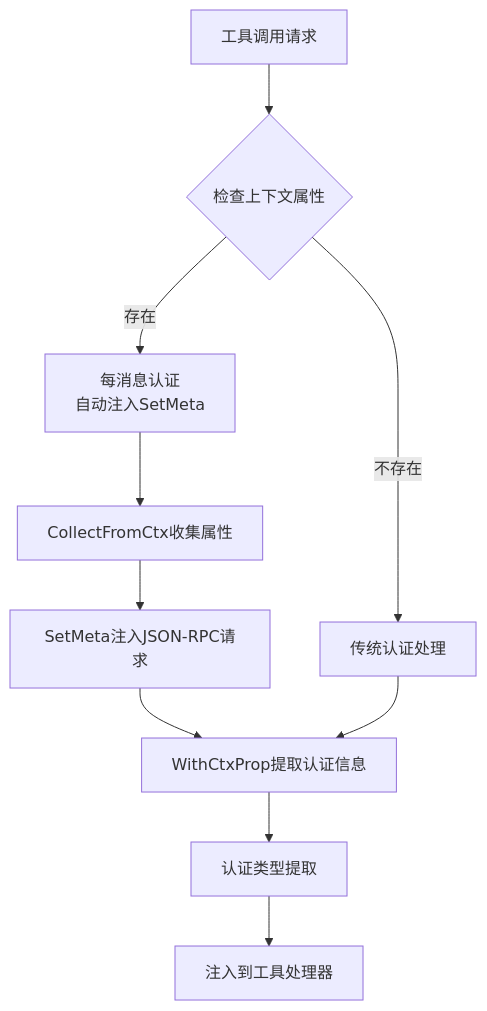
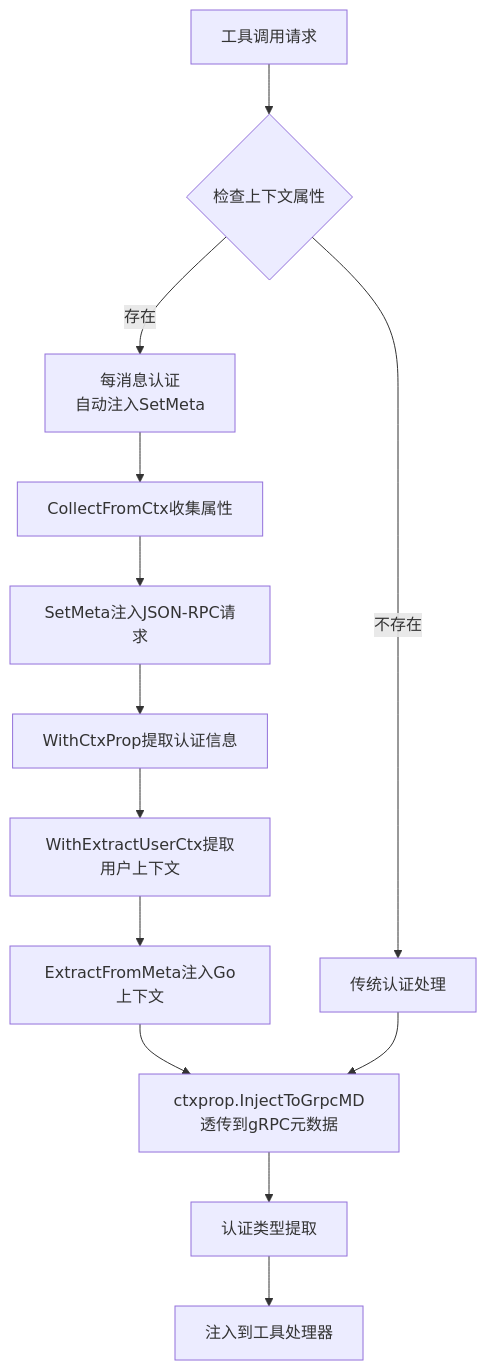
Before and after one commit to maomao94/zero-service: diagram 13 of 25 in .qoder/repowiki/zh/content/核心服务详解/Mcpx客户端包.md, drawn with Mermaid. The commit also changed other lines of this file and 42 other files, not shown here.

````diff
--- a/.qoder/repowiki/zh/content/核心服务详解/Mcpx客户端包.md
+++ b/.qoder/repowiki/zh/content/核心服务详解/Mcpx客户端包.md
@@ -530,12 +636,15 @@
 ```mermaid
 flowchart TD
 A[工具调用请求] --> B{检查上下文属性}
 B --> |存在| C[每消息认证<br/>自动注入SetMeta]
 B --> |不存在| D[传统认证处理]
 C --> E[CollectFromCtx收集属性]
 E --> F[SetMeta注入JSON-RPC请求]
 F --> G[WithCtxProp提取认证信息]
-D --> G
-G --> H[认证类型提取]
-H --> I[注入到工具处理器]
+G --> H[WithExtractUserCtx提取用户上下文]
+H --> I[ExtractFromMeta注入Go上下文]
+I --> J[ctxprop.InjectToGrpcMD透传到gRPC元数据]
+D --> J
+J --> K[认证类型提取]
+K --> L[注入到工具处理器]
 ```
````
